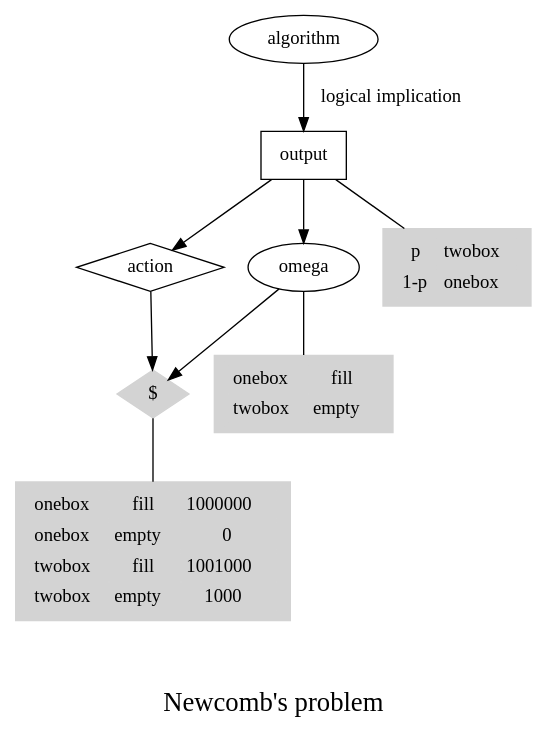
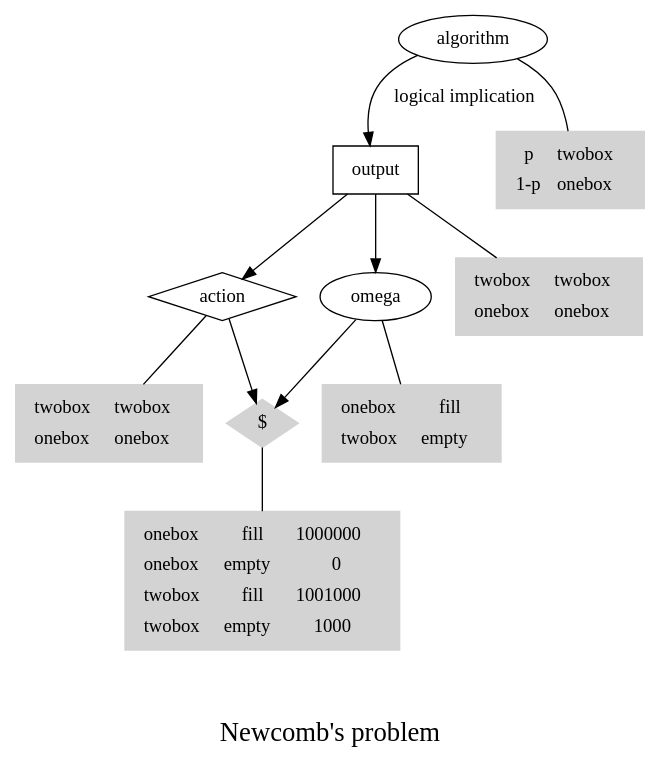
The diagram in newcomb.gv (johnlawrenceaspden/hobby-code), drawn with Graphviz before and after one commit.

```diff
--- a/newcomb.gv
+++ b/newcomb.gv
@@ -1,49 +1,65 @@
 // dot <newcomb.gv -Tpng >newcomb.png
 // eog newcomb.png
 
 // interactive svg for development using neato instead of dot
 // neato <newcomb.gv -Tsvg >newcomb.svg && eog newcomb.svg &
 
 digraph newcomb {
         algorithm [shape=ellipse];
         output [shape=box];
         action [shape=diamond];
         omega [shape=ellipse] ;
         utility [shape=diamond,style=filled,color=lightgrey, label="$"];
 
 
         algorithm -> output [label="logical implication"];
         output -> action;
         output -> omega;
         action -> utility;
         omega -> utility;
 
+        algorithm->algorithmtable [dir=none]
+
+        algorithmtable [ shape=box,style=filled,color=lightgrey, label=<<TABLE>
+                        <TR><TD>p</TD><TD>twobox</TD></TR>
+                        <TR><TD>1-p</TD><TD>onebox</TD></TR>
+                    </TABLE>>];
+
         output->outputtable [dir=none]
 
         outputtable [ shape=box,style=filled,color=lightgrey, label=<<TABLE>
-                        <TR><TD>p</TD><TD>twobox</TD></TR>
-                        <TR><TD>1-p</TD><TD>onebox</TD></TR>
+                        <TR><TD>twobox</TD><TD>twobox</TD></TR>
+                        <TR><TD>onebox</TD><TD>onebox</TD></TR>
+                    </TABLE>>];
+
+
+
+        action->actiontable [dir=none]
+
+        actiontable [ shape=box,style=filled,color=lightgrey, label=<<TABLE>
+                        <TR><TD>twobox</TD><TD>twobox</TD></TR>
+                        <TR><TD>onebox</TD><TD>onebox</TD></TR>
                     </TABLE>>];
 
 
         omega->omegatable [dir=none]
 
         omegatable [ shape=box,style=filled,color=lightgrey, label=<<TABLE>
                         <TR><TD>onebox</TD><TD>fill</TD></TR>
                         <TR><TD>twobox</TD><TD>empty</TD></TR>
                     </TABLE>>];
 
 
         utility->utilitytable [dir=none]
 
         utilitytable [ shape=box,style=filled,color=lightgrey, label=<<TABLE>
                         <TR><TD>onebox</TD><TD>fill</TD><TD>1000000</TD></TR>
                         <TR><TD>onebox</TD><TD>empty</TD><TD>0</TD></TR>
                         <TR><TD>twobox</TD><TD>fill</TD><TD>1001000</TD></TR>
                         <TR><TD>twobox</TD><TD>empty</TD><TD>1000</TD></TR>
                     </TABLE>>];
 
 
         label = "\n\nNewcomb's problem"
         fontsize=20;
 }
```
